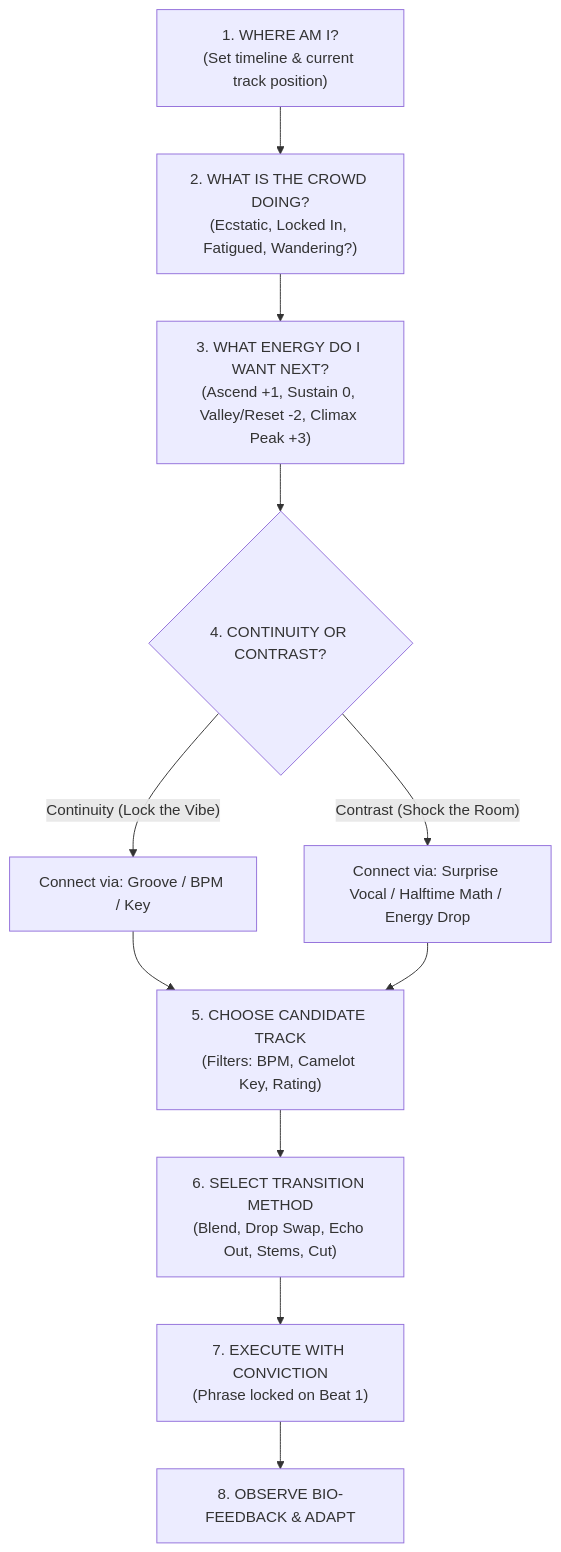
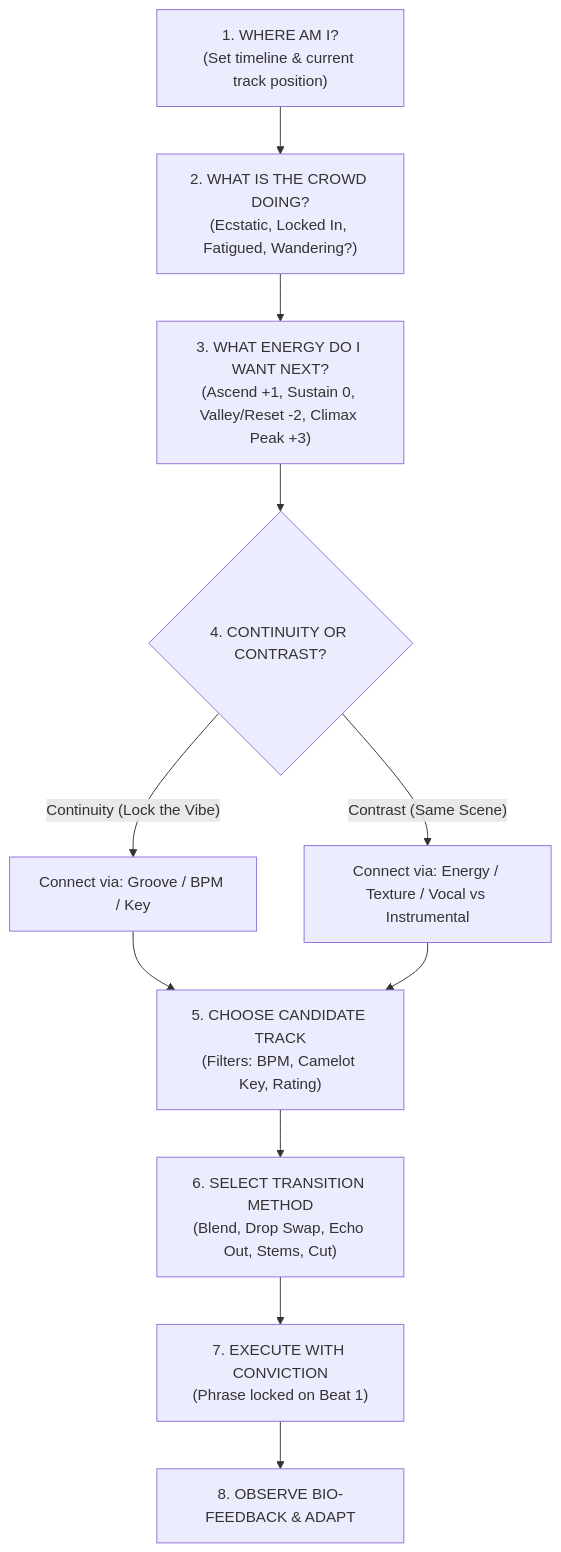
One commit to sanchitd5/AI-DJ-Mixing-System changed the diagram in DJ/07 - Track Selection/DJ - What Do I Play Next.md. Above: the diagram before and after it, drawn with Mermaid. The commit also changed other lines of this file and 1 other file, not shown here.

Commit message:
DJ/07: keep contrast inside the set's scene, drop radical genre leaps and example tracks

````diff
--- a/DJ/07 - Track Selection/DJ - What Do I Play Next.md
+++ b/DJ/07 - Track Selection/DJ - What Do I Play Next.md
@@ -16,16 +16,16 @@
 ```mermaid
 flowchart TD
     Step1["1. WHERE AM I?<br>(Set timeline & current track position)"] --> Step2["2. WHAT IS THE CROWD DOING?<br>(Ecstatic, Locked In, Fatigued, Wandering?)"]
     Step2 --> Step3["3. WHAT ENERGY DO I WANT NEXT?<br>(Ascend +1, Sustain 0, Valley/Reset -2, Climax Peak +3)"]
     Step3 --> Step4{"4. CONTINUITY OR CONTRAST?"}
     
     Step4 -- "Continuity (Lock the Vibe)" --> ConnElem["Connect via: Groove / BPM / Key"]
-    Step4 -- "Contrast (Shock the Room)" --> ShockElem["Connect via: Surprise Vocal / Halftime Math / Energy Drop"]
+    Step4 -- "Contrast (Same Scene)" --> ShockElem["Connect via: Energy / Texture / Vocal vs Instrumental"]
     
     ConnElem --> ChooseTrack["5. CHOOSE CANDIDATE TRACK<br>(Filters: BPM, Camelot Key, Rating)"]
     ShockElem --> ChooseTrack
     
     ChooseTrack --> ChooseTrans["6. SELECT TRANSITION METHOD<br>(Blend, Drop Swap, Echo Out, Stems, Cut)"]
     ChooseTrans --> Execute["7. EXECUTE WITH CONVICTION<br>(Phrase locked on Beat 1)"]
     Execute --> Observe["8. OBSERVE BIO-FEEDBACK & ADAPT"]
 ```
````
